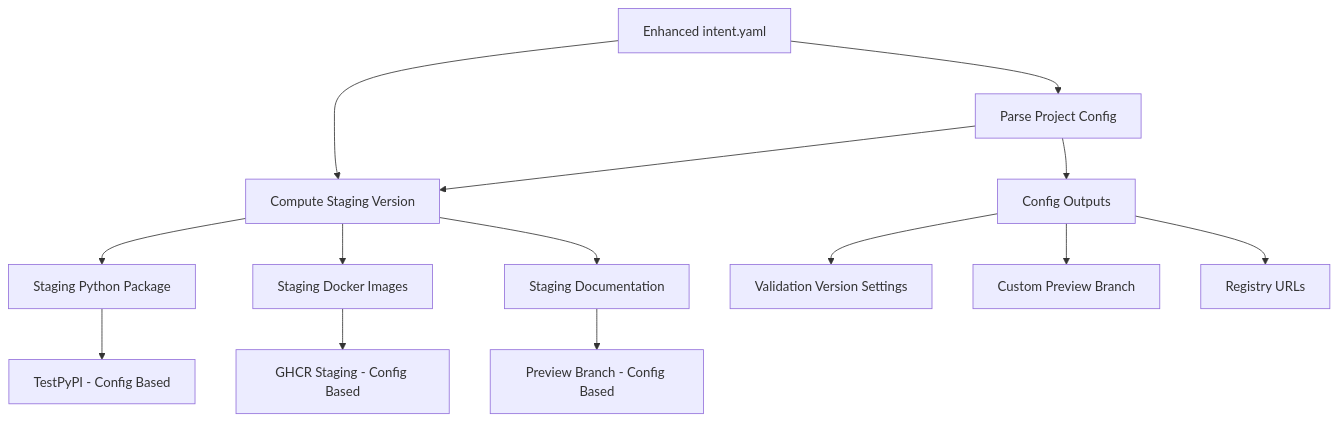
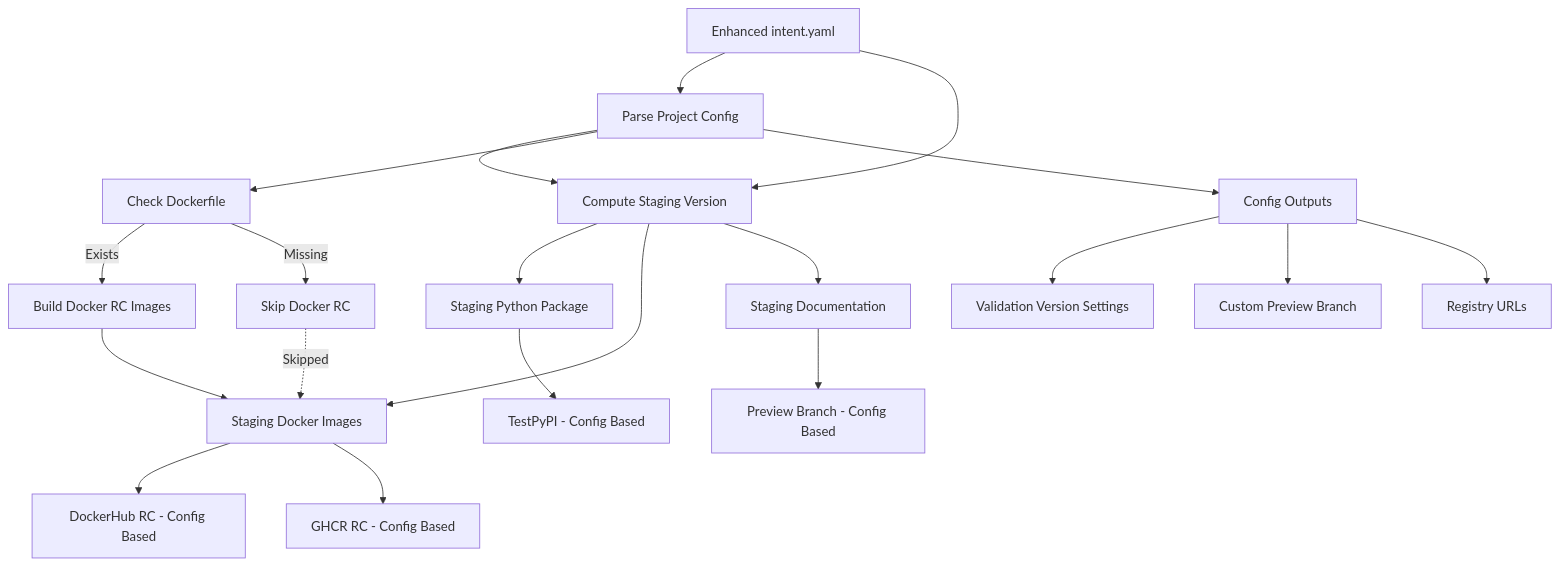
The third of 8 diagrams in docs_with_docusarus/contents/development/ci-cd/release-system.mdx (Chisanan232/Template-Python-UV-Project), drawn with Mermaid before and after one commit. The commit also changed other lines of this file and 1 other file, not shown here.

Commit message:
✏️ Update the release relative content in the documentation for the Dockerfile checking changes.

````diff
--- a/docs_with_docusarus/contents/development/ci-cd/release-system.mdx
+++ b/docs_with_docusarus/contents/development/ci-cd/release-system.mdx
@@ -221,19 +271,26 @@
 ```mermaid
 graph TD
     A[Enhanced intent.yaml] --> B[Parse Project Config]
     A --> C[Compute Staging Version]
     B --> C
     
+    B --> B1[Check Dockerfile]
+    B1 -->|Exists| B2[Build Docker RC Images]
+    B1 -->|Missing| B3[Skip Docker RC]
+    
     C --> D[Staging Python Package]
     C --> E[Staging Docker Images]
     C --> F[Staging Documentation]
     
     D --> G[TestPyPI - Config Based]
-    E --> H[GHCR Staging - Config Based]
+    B2 --> E
+    E --> H1[DockerHub RC - Config Based]
+    E --> H2[GHCR RC - Config Based]
+    B3 -.->|Skipped| E
     F --> I[Preview Branch - Config Based]
     
     B --> J[Config Outputs]
     J --> K[Validation Version Settings]
     J --> L[Custom Preview Branch]
     J --> M[Registry URLs]
 ```
````
